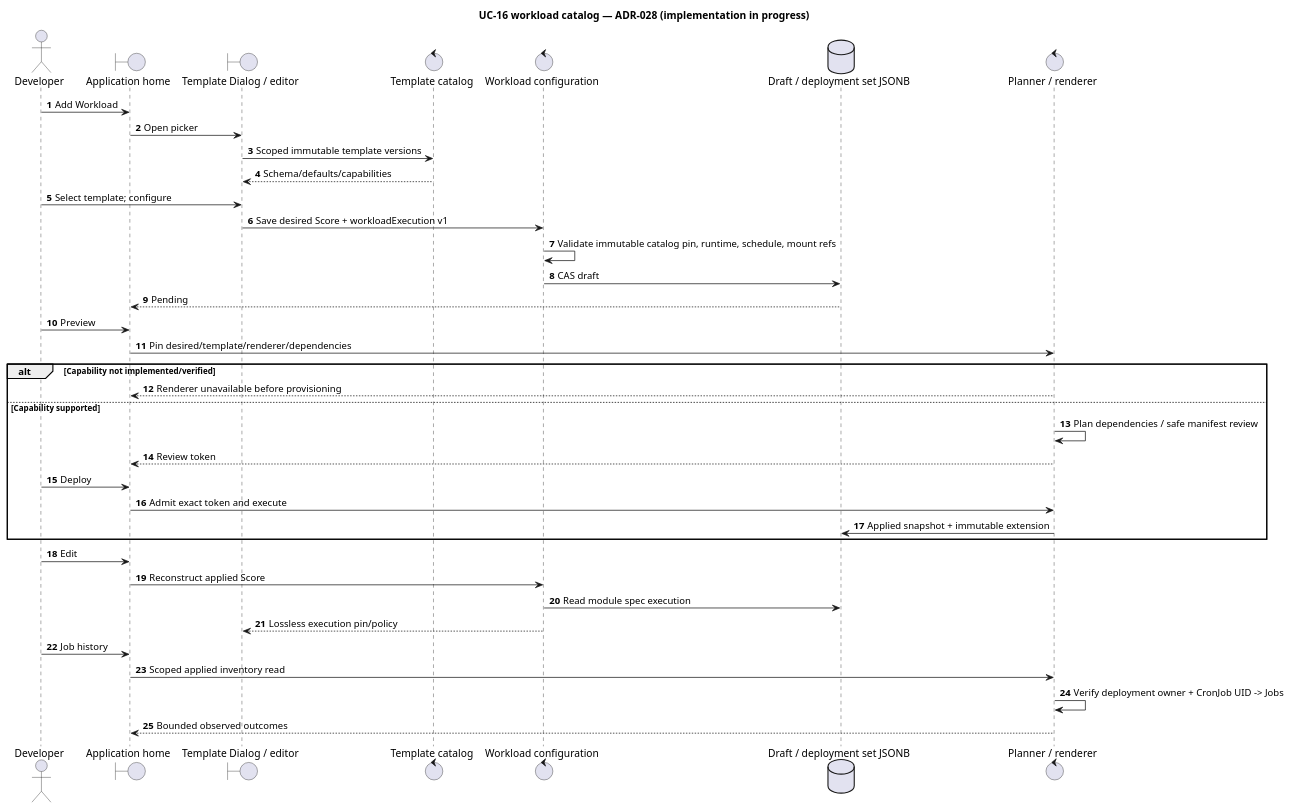
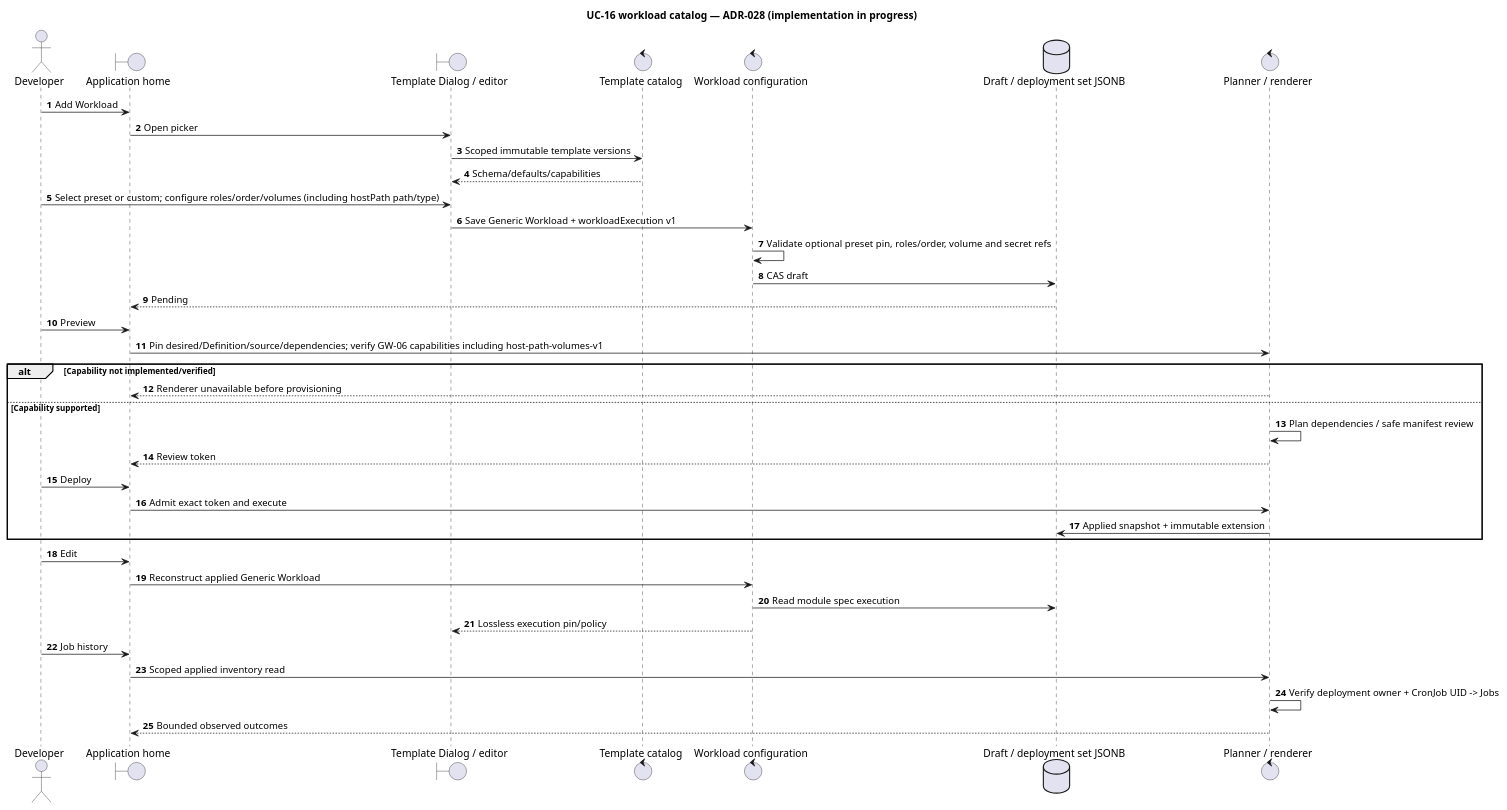
Before and after one commit to pr3s3nt/poc: the diagram in orchestrator_docs/usecase/UC-16/workload-catalog-sequence.puml, drawn with PlantUML. The commit also changed 60 other files, not shown here.

Commit message:
feat(workloads): complete runtime forms and add hostPath volumes

```diff
--- a/orchestrator_docs/usecase/UC-16/workload-catalog-sequence.puml
+++ b/orchestrator_docs/usecase/UC-16/workload-catalog-sequence.puml
@@ -1,39 +1,39 @@
 @startuml
 title UC-16 workload catalog — ADR-028 (implementation in progress)
 autonumber
 actor Developer
 boundary "Application home" as Home
 boundary "Template Dialog / editor" as UI
 control "Template catalog" as Catalog
 control "Workload configuration" as Config
 database "Draft / deployment set JSONB" as Store
 control "Planner / renderer" as Runtime
 Developer -> Home: Add Workload
 Home -> UI: Open picker
 UI -> Catalog: Scoped immutable template versions
 Catalog --> UI: Schema/defaults/capabilities
-Developer -> UI: Select template; configure
-UI -> Config: Save desired Score + workloadExecution v1
-Config -> Config: Validate immutable catalog pin, runtime, schedule, mount refs
+Developer -> UI: Select preset or custom; configure roles/order/volumes (including hostPath path/type)
+UI -> Config: Save Generic Workload + workloadExecution v1
+Config -> Config: Validate optional preset pin, roles/order, volume and secret refs
 Config -> Store: CAS draft
 Store --> Home: Pending
 Developer -> Home: Preview
-Home -> Runtime: Pin desired/template/renderer/dependencies
+Home -> Runtime: Pin desired/Definition/source/dependencies; verify GW-06 capabilities including host-path-volumes-v1
 alt Capability not implemented/verified
  Runtime --> Home: Renderer unavailable before provisioning
 else Capability supported
  Runtime -> Runtime: Plan dependencies / safe manifest review
  Runtime --> Home: Review token
  Developer -> Home: Deploy
  Home -> Runtime: Admit exact token and execute
  Runtime -> Store: Applied snapshot + immutable extension
 end
 Developer -> Home: Edit
-Home -> Config: Reconstruct applied Score
+Home -> Config: Reconstruct applied Generic Workload
 Config -> Store: Read module spec execution
 Config --> UI: Lossless execution pin/policy
 Developer -> Home: Job history
 Home -> Runtime: Scoped applied inventory read
 Runtime -> Runtime: Verify deployment owner + CronJob UID -> Jobs
 Runtime --> Home: Bounded observed outcomes
 @enduml
```
